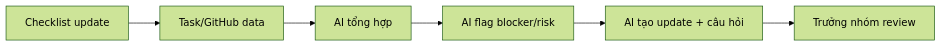
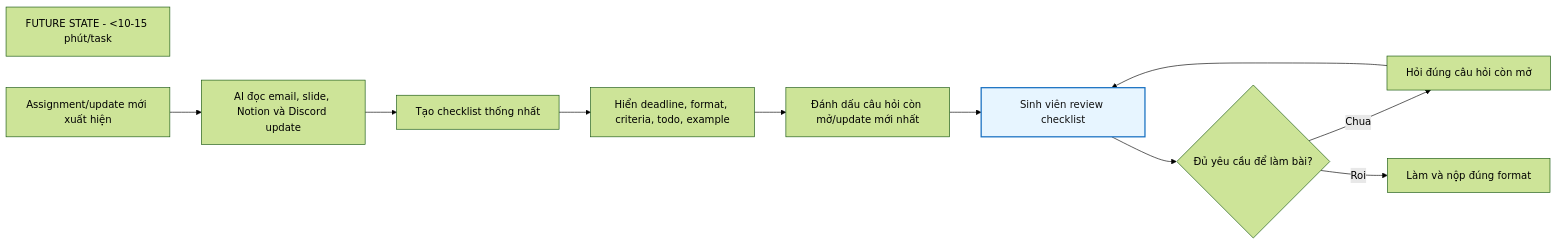
Before and after one commit to leeduydong2005/Day02-2A202600754-Le_Duy_Dong: the second of 2 diagrams in 02-group-problem-statement.md, drawn with Mermaid (forest theme). The commit also changed other lines of this file, not shown here.

````diff
--- a/02-group-problem-statement.md
+++ b/02-group-problem-statement.md
@@ -100,8 +99,21 @@
-```mermaid
+``` mermaid
 flowchart LR
-    A["Checklist update"] --> B["Task/GitHub data"]
-    B --> C["AI tổng hợp"]
-    C --> D["AI flag blocker/risk"]
-    D --> E["AI tạo update + câu hỏi"]
-    E --> F["Trưởng nhóm review"]
+    title["FUTURE STATE - <10-15 phút/task"]
+
+    A["Assignment/update mới xuất hiện"]
+    B["AI đọc email, slide, Notion và Discord update"]
+    C["Tạo checklist thống nhất"]
+    D["Hiển deadline, format, criteria, todo, example"]
+    E["Đánh dấu câu hỏi còn mở/update mới nhất"]
+    F["Sinh viên review checklist"]
+    G{"Đủ yêu cầu để làm bài?"}
+    H["Hỏi đúng câu hỏi còn mở"]
+    I["Làm và nộp đúng format"]
+
+    A --> B --> C --> D --> E --> F --> G
+    G -- "Chua" --> H --> F
+    G -- "Roi" --> I
+
+    F:::human
+    classDef human fill:#e7f5ff,stroke:#1971c2,stroke-width:2px,color:#111;
 ```
````
